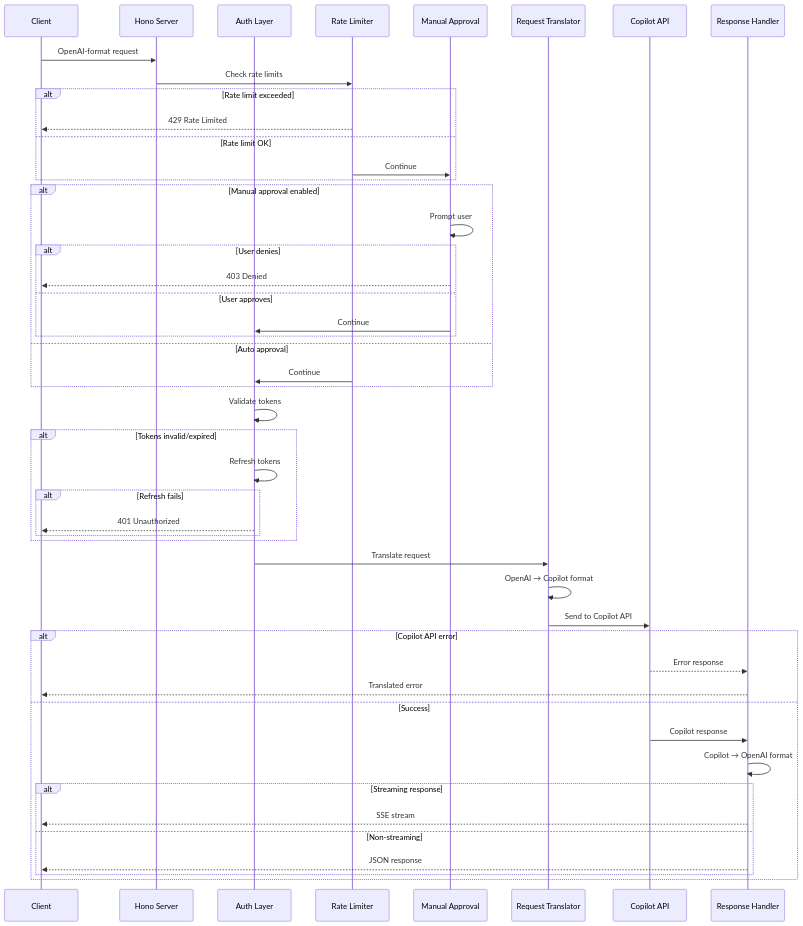
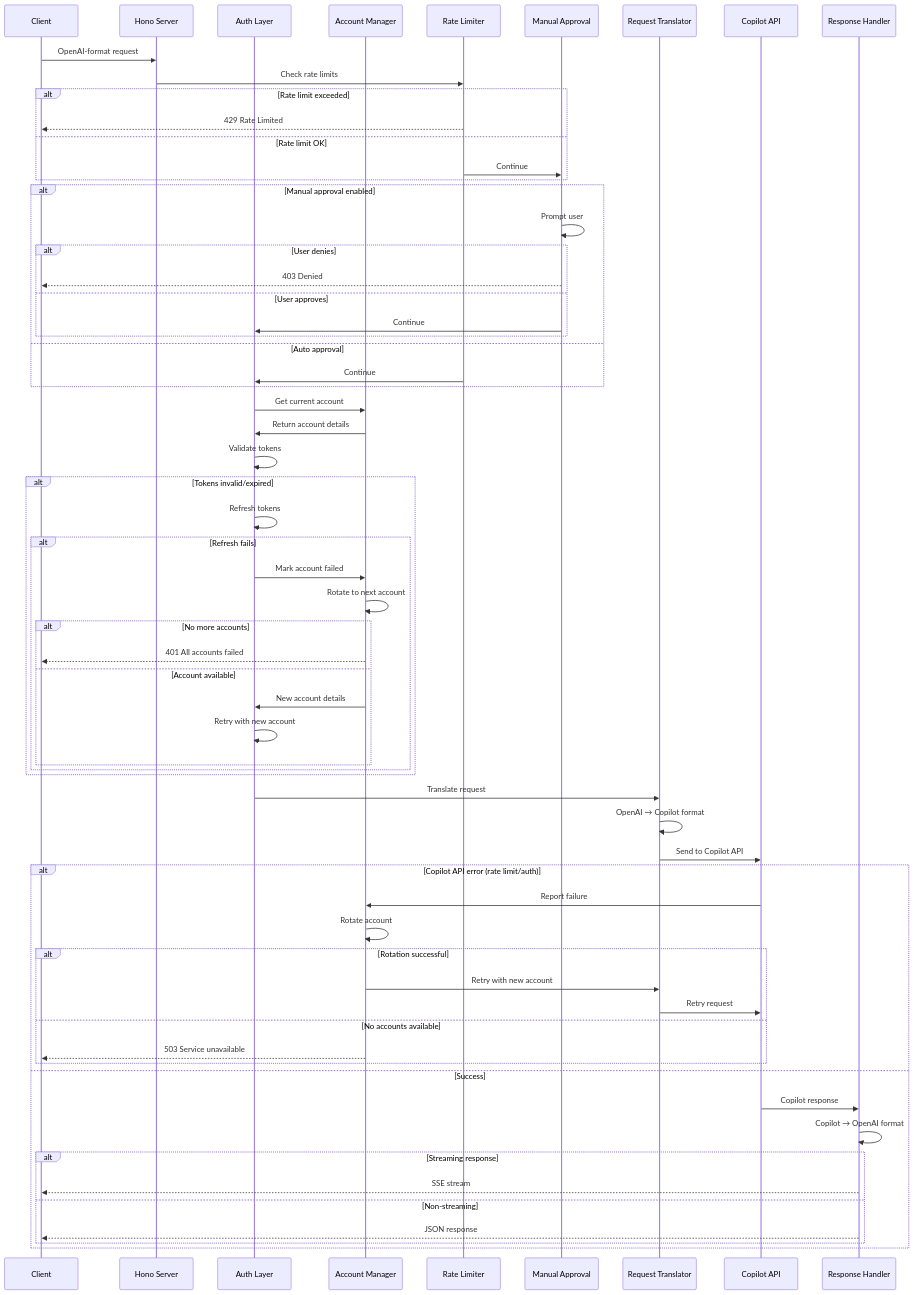
The second of 6 diagrams in docs/architecture.md (ekartashov/copilot-api), drawn with Mermaid before and after one commit. The commit also changed other lines of this file and 8 other files, not shown here.

````diff
--- a/docs/architecture.md
+++ b/docs/architecture.md
@@ -60,57 +63,74 @@
 ```mermaid
 sequenceDiagram
     participant Client
     participant Server as Hono Server
     participant Auth as Auth Layer
+    participant AccountMgr as Account Manager
     participant RateLimit as Rate Limiter
     participant Approval as Manual Approval
     participant Translator as Request Translator
     participant Copilot as Copilot API
     participant Response as Response Handler
 
     Client->>Server: OpenAI-format request
     Server->>RateLimit: Check rate limits
     
     alt Rate limit exceeded
         RateLimit-->>Client: 429 Rate Limited
     else Rate limit OK
         RateLimit->>Approval: Continue
     end
 
     alt Manual approval enabled
         Approval->>Approval: Prompt user
         alt User denies
             Approval-->>Client: 403 Denied
         else User approves
             Approval->>Auth: Continue
         end
     else Auto approval
         RateLimit->>Auth: Continue
     end
 
+    Auth->>AccountMgr: Get current account
+    AccountMgr->>Auth: Return account details
     Auth->>Auth: Validate tokens
+    
     alt Tokens invalid/expired
         Auth->>Auth: Refresh tokens
         alt Refresh fails
-            Auth-->>Client: 401 Unauthorized
+            Auth->>AccountMgr: Mark account failed
+            AccountMgr->>AccountMgr: Rotate to next account
+            alt No more accounts
+                AccountMgr-->>Client: 401 All accounts failed
+            else Account available
+                AccountMgr->>Auth: New account details
+                Auth->>Auth: Retry with new account
+            end
         end
     end
 
     Auth->>Translator: Translate request
     Translator->>Translator: OpenAI → Copilot format
     Translator->>Copilot: Send to Copilot API
 
-    alt Copilot API error
-        Copilot-->>Response: Error response
-        Response-->>Client: Translated error
+    alt Copilot API error (rate limit/auth)
+        Copilot->>AccountMgr: Report failure
+        AccountMgr->>AccountMgr: Rotate account
+        alt Rotation successful
+            AccountMgr->>Translator: Retry with new account
+            Translator->>Copilot: Retry request
+        else No accounts available
+            AccountMgr-->>Client: 503 Service unavailable
+        end
     else Success
         Copilot->>Response: Copilot response
         Response->>Response: Copilot → OpenAI format
         
         alt Streaming response
             Response-->>Client: SSE stream
         else Non-streaming
             Response-->>Client: JSON response
         end
     end
 ```
````
